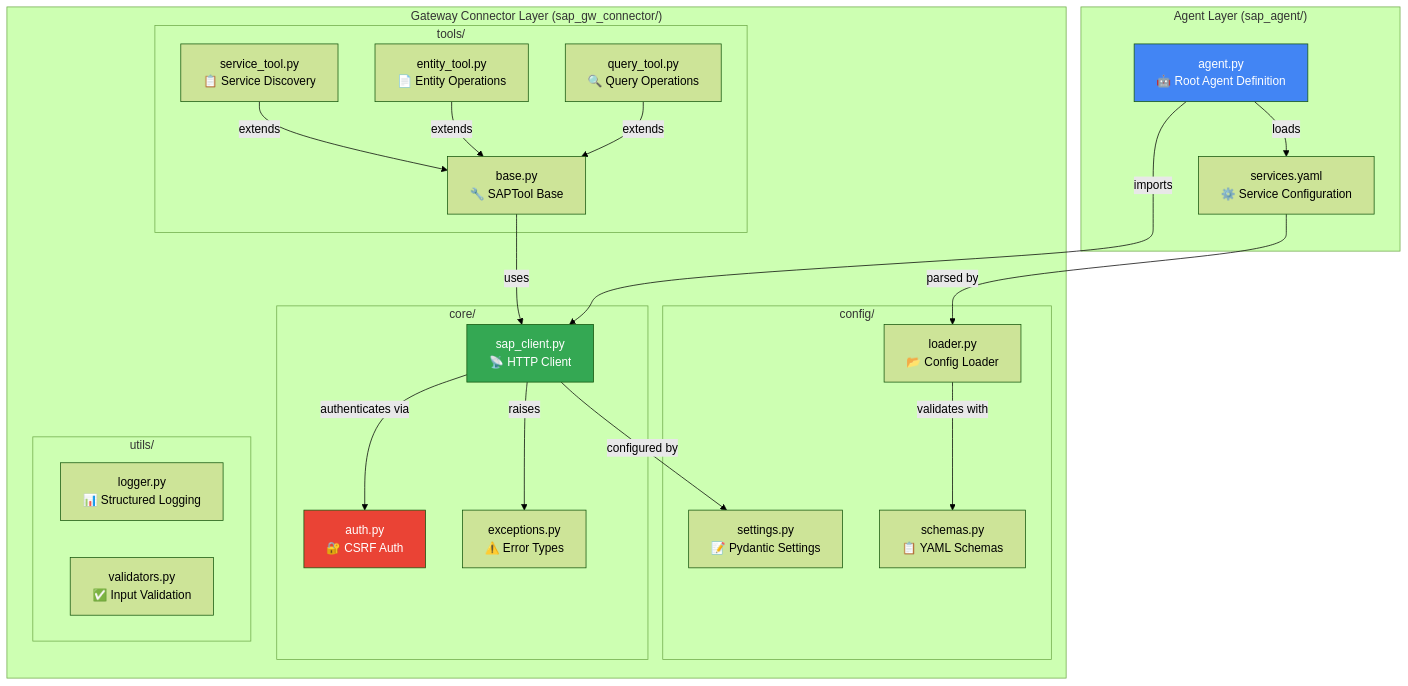
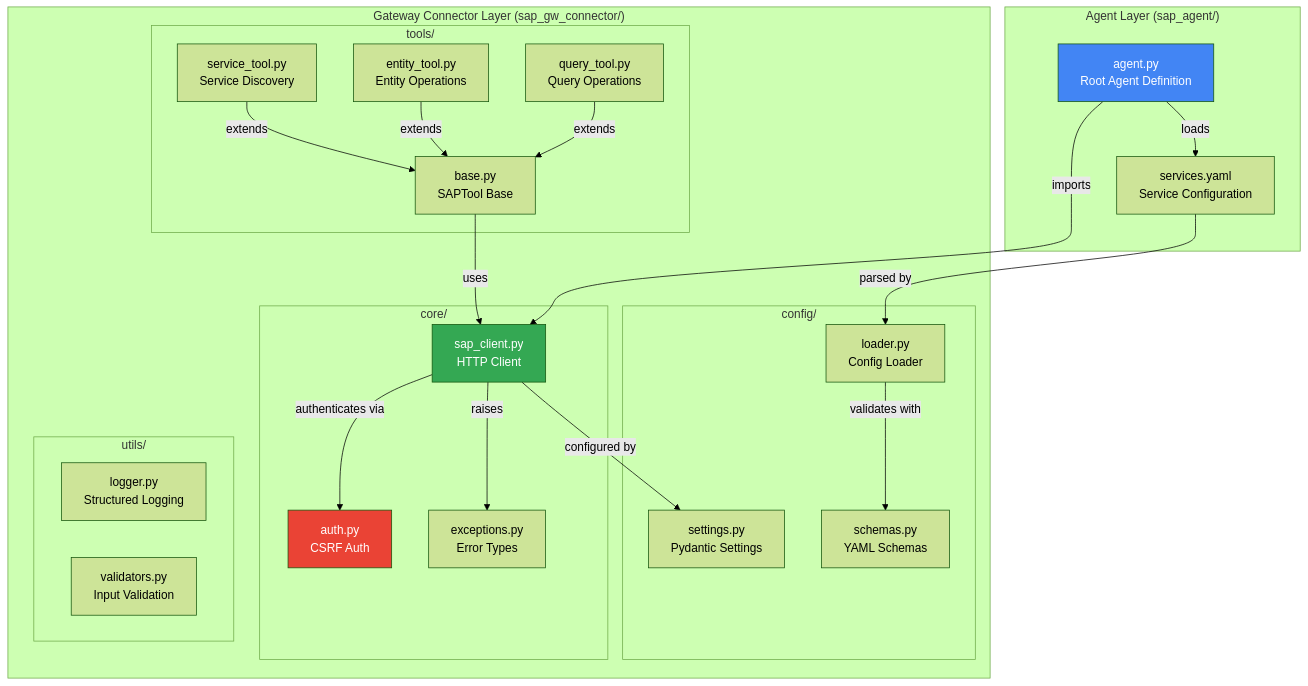
One commit to midasol/sap-adk-agent changed the fourth of 9 diagrams in README.md. Above: the diagram before and after it, drawn with Mermaid (forest theme). The commit also changed other lines of this file and 5 other files, not shown here.

````diff
--- a/README.md
+++ b/README.md
@@ -218,49 +218,49 @@
 ```mermaid
 flowchart TB
     subgraph AgentLayer["Agent Layer (sap_agent/)"]
-        Agent["agent.py<br/>🤖 Root Agent Definition"]
-        ServicesYAML["services.yaml<br/>⚙️ Service Configuration"]
+        Agent["agent.py<br/>Root Agent Definition"]
+        ServicesYAML["services.yaml<br/>Service Configuration"]
     end
 
     subgraph ConnectorLayer["Gateway Connector Layer (sap_gw_connector/)"]
         subgraph ConfigModule["config/"]
-            Settings["settings.py<br/>📝 Pydantic Settings"]
-            Schemas["schemas.py<br/>📋 YAML Schemas"]
-            Loader["loader.py<br/>📂 Config Loader"]
+            Settings["settings.py<br/>Pydantic Settings"]
+            Schemas["schemas.py<br/>YAML Schemas"]
+            Loader["loader.py<br/>Config Loader"]
         end
 
         subgraph CoreModule["core/"]
-            SAPClient["sap_client.py<br/>📡 HTTP Client"]
-            Auth["auth.py<br/>🔐 CSRF Auth"]
-            Exceptions["exceptions.py<br/>⚠️ Error Types"]
+            SAPClient["sap_client.py<br/>HTTP Client"]
+            Auth["auth.py<br/>CSRF Auth"]
+            Exceptions["exceptions.py<br/>Error Types"]
         end
 
         subgraph ToolsModule["tools/"]
-            BaseTool["base.py<br/>🔧 SAPTool Base"]
-            QueryTool["query_tool.py<br/>🔍 Query Operations"]
-            EntityTool["entity_tool.py<br/>📄 Entity Operations"]
-            ServiceTool["service_tool.py<br/>📋 Service Discovery"]
+            BaseTool["base.py<br/>SAPTool Base"]
+            QueryTool["query_tool.py<br/>Query Operations"]
+            EntityTool["entity_tool.py<br/>Entity Operations"]
+            ServiceTool["service_tool.py<br/>Service Discovery"]
         end
 
         subgraph UtilsModule["utils/"]
-            Logger["logger.py<br/>📊 Structured Logging"]
-            Validators["validators.py<br/>✅ Input Validation"]
+            Logger["logger.py<br/>Structured Logging"]
+            Validators["validators.py<br/>Input Validation"]
         end
     end
 
     Agent -->|"imports"| SAPClient
     Agent -->|"loads"| ServicesYAML
     ServicesYAML -->|"parsed by"| Loader
     Loader -->|"validates with"| Schemas
     SAPClient -->|"configured by"| Settings
     SAPClient -->|"authenticates via"| Auth
     SAPClient -->|"raises"| Exceptions
     QueryTool -->|"extends"| BaseTool
     EntityTool -->|"extends"| BaseTool
     ServiceTool -->|"extends"| BaseTool
     BaseTool -->|"uses"| SAPClient
 
     style Agent fill:#4285f4,color:#fff
     style SAPClient fill:#34a853,color:#fff
     style Auth fill:#ea4335,color:#fff
 ```
````
